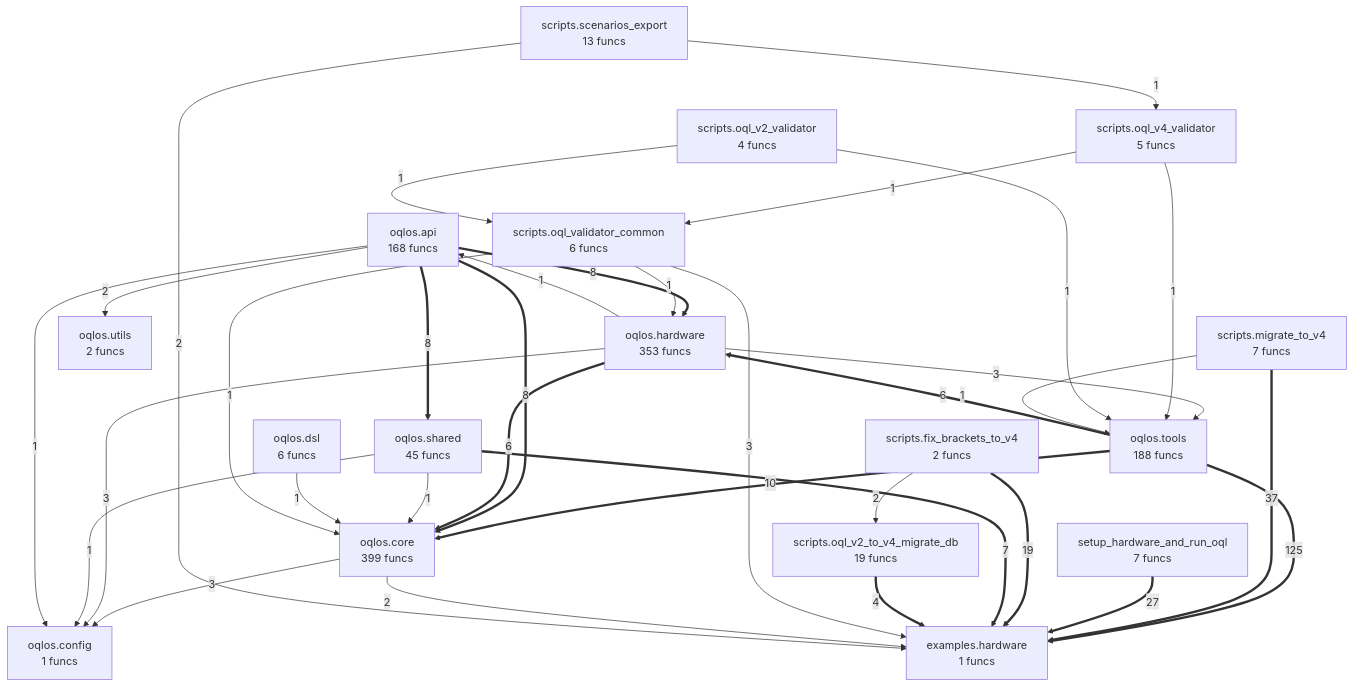
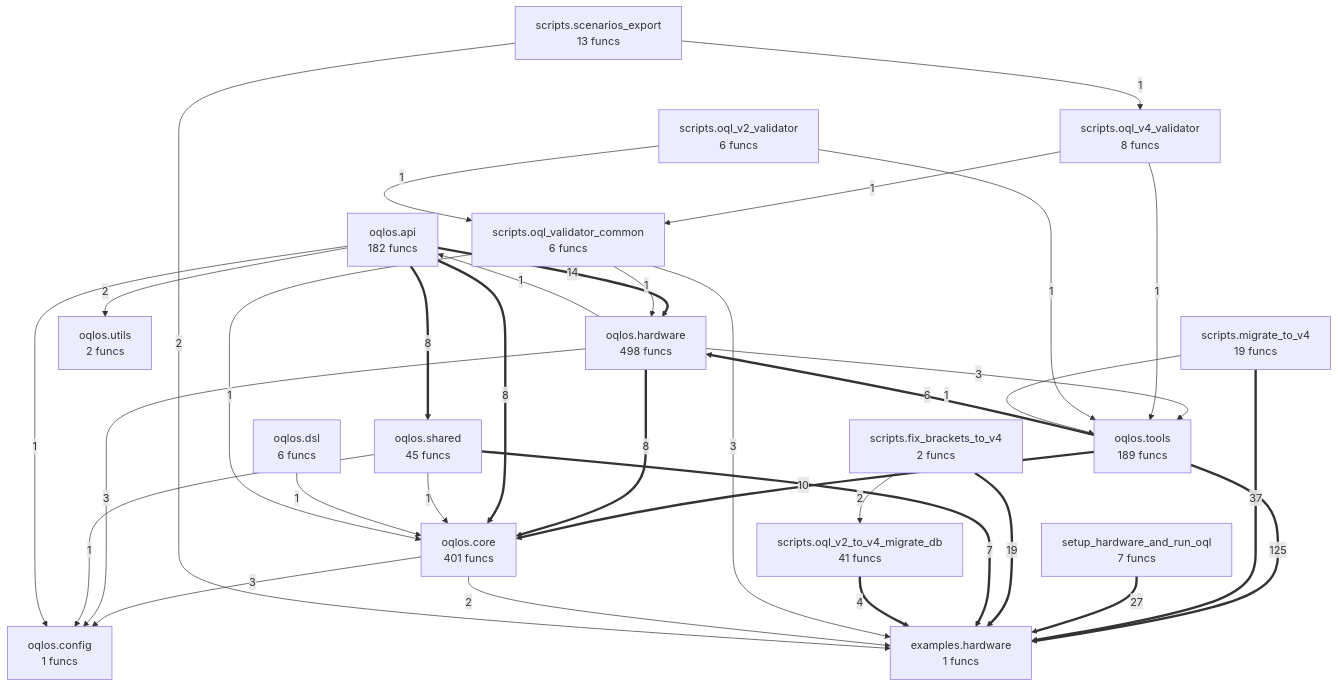
Before and after one commit to oqlos/oqlos: the diagram in project/compact_flow.mmd, drawn with Mermaid. The commit also changed 68 other files, not shown here.

```diff
--- a/project/compact_flow.mmd
+++ b/project/compact_flow.mmd
@@ -1,52 +1,52 @@
 flowchart TD
-%% generated in 0.02s
+%% generated in 0.03s
     examples__hardware["examples.hardware<br/>1 funcs"]
-    oqlos__api["oqlos.api<br/>168 funcs"]
+    oqlos__api["oqlos.api<br/>182 funcs"]
     oqlos__config["oqlos.config<br/>1 funcs"]
-    oqlos__core["oqlos.core<br/>399 funcs"]
+    oqlos__core["oqlos.core<br/>401 funcs"]
     oqlos__dsl["oqlos.dsl<br/>6 funcs"]
-    oqlos__hardware["oqlos.hardware<br/>353 funcs"]
+    oqlos__hardware["oqlos.hardware<br/>498 funcs"]
     oqlos__shared["oqlos.shared<br/>45 funcs"]
-    oqlos__tools["oqlos.tools<br/>188 funcs"]
+    oqlos__tools["oqlos.tools<br/>189 funcs"]
     oqlos__utils["oqlos.utils<br/>2 funcs"]
     scripts__fix_brackets_to_v4["scripts.fix_brackets_to_v4<br/>2 funcs"]
-    scripts__migrate_to_v4["scripts.migrate_to_v4<br/>7 funcs"]
-    scripts__oql_v2_to_v4_migrate_db["scripts.oql_v2_to_v4_migrate_db<br/>19 funcs"]
-    scripts__oql_v2_validator["scripts.oql_v2_validator<br/>4 funcs"]
-    scripts__oql_v4_validator["scripts.oql_v4_validator<br/>5 funcs"]
+    scripts__migrate_to_v4["scripts.migrate_to_v4<br/>19 funcs"]
+    scripts__oql_v2_to_v4_migrate_db["scripts.oql_v2_to_v4_migrate_db<br/>41 funcs"]
+    scripts__oql_v2_validator["scripts.oql_v2_validator<br/>6 funcs"]
+    scripts__oql_v4_validator["scripts.oql_v4_validator<br/>8 funcs"]
     scripts__oql_validator_common["scripts.oql_validator_common<br/>6 funcs"]
     scripts__scenarios_export["scripts.scenarios_export<br/>13 funcs"]
     setup_hardware_and_run_oql["setup_hardware_and_run_oql<br/>7 funcs"]
     oqlos__tools ==>|125| examples__hardware
     scripts__migrate_to_v4 ==>|37| examples__hardware
     setup_hardware_and_run_oql ==>|27| examples__hardware
     scripts__fix_brackets_to_v4 ==>|19| examples__hardware
+    oqlos__api ==>|14| oqlos__hardware
     oqlos__tools ==>|10| oqlos__core
+    oqlos__hardware ==>|8| oqlos__core
     oqlos__api ==>|8| oqlos__core
     oqlos__api ==>|8| oqlos__shared
-    oqlos__api ==>|8| oqlos__hardware
     oqlos__shared ==>|7| examples__hardware
     oqlos__tools ==>|6| oqlos__hardware
-    oqlos__hardware ==>|6| oqlos__core
     scripts__oql_v2_to_v4_migrate_db ==>|4| examples__hardware
     oqlos__core -->|3| oqlos__config
     oqlos__hardware -->|3| oqlos__config
     oqlos__hardware -->|3| oqlos__tools
     scripts__oql_validator_common -->|3| examples__hardware
     oqlos__core -->|2| examples__hardware
     oqlos__api -->|2| oqlos__utils
     scripts__fix_brackets_to_v4 -->|2| scripts__oql_v2_to_v4_migrate_db
     scripts__scenarios_export -->|2| examples__hardware
     oqlos__hardware -->|1| oqlos__api
     oqlos__shared -->|1| oqlos__core
     oqlos__shared -->|1| oqlos__config
     oqlos__api -->|1| oqlos__config
     oqlos__dsl -->|1| oqlos__core
     scripts__oql_validator_common -->|1| oqlos__core
     scripts__oql_validator_common -->|1| oqlos__hardware
     scripts__oql_v4_validator -->|1| oqlos__tools
     scripts__oql_v4_validator -->|1| scripts__oql_validator_common
     scripts__oql_v2_validator -->|1| oqlos__tools
     scripts__oql_v2_validator -->|1| scripts__oql_validator_common
     scripts__migrate_to_v4 -->|1| oqlos__tools
     scripts__scenarios_export -->|1| scripts__oql_v4_validator
```
